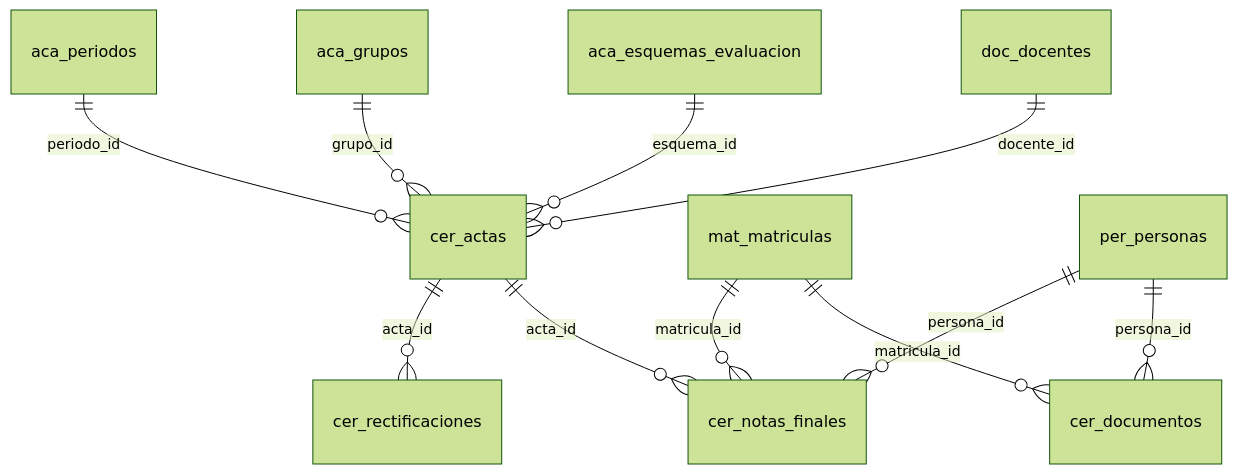
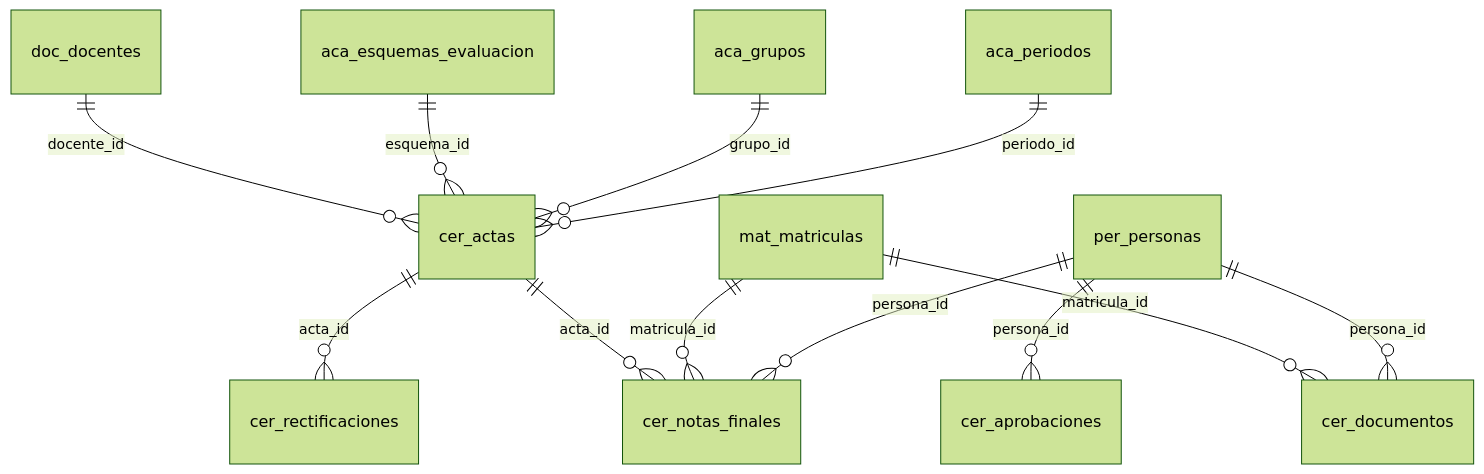
Before and after one commit to YomelBarretoFlores/cid-system: the fifth of 7 diagrams in docs/manuales/diccionario-de-datos.md, drawn with Mermaid (forest theme). The commit also changed other lines of this file and 6 other files, not shown here.

````diff
--- a/docs/manuales/diccionario-de-datos.md
+++ b/docs/manuales/diccionario-de-datos.md
@@ -1226,13 +1294,14 @@
 ```mermaid
 erDiagram
     doc_docentes ||--o{ cer_actas : "docente_id"
     aca_esquemas_evaluacion ||--o{ cer_actas : "esquema_id"
     aca_grupos ||--o{ cer_actas : "grupo_id"
     aca_periodos ||--o{ cer_actas : "periodo_id"
+    per_personas ||--o{ cer_aprobaciones : "persona_id"
     mat_matriculas ||--o{ cer_documentos : "matricula_id"
     per_personas ||--o{ cer_documentos : "persona_id"
     cer_actas ||--o{ cer_notas_finales : "acta_id"
     mat_matriculas ||--o{ cer_notas_finales : "matricula_id"
     per_personas ||--o{ cer_notas_finales : "persona_id"
     cer_actas ||--o{ cer_rectificaciones : "acta_id"
 ```
````
